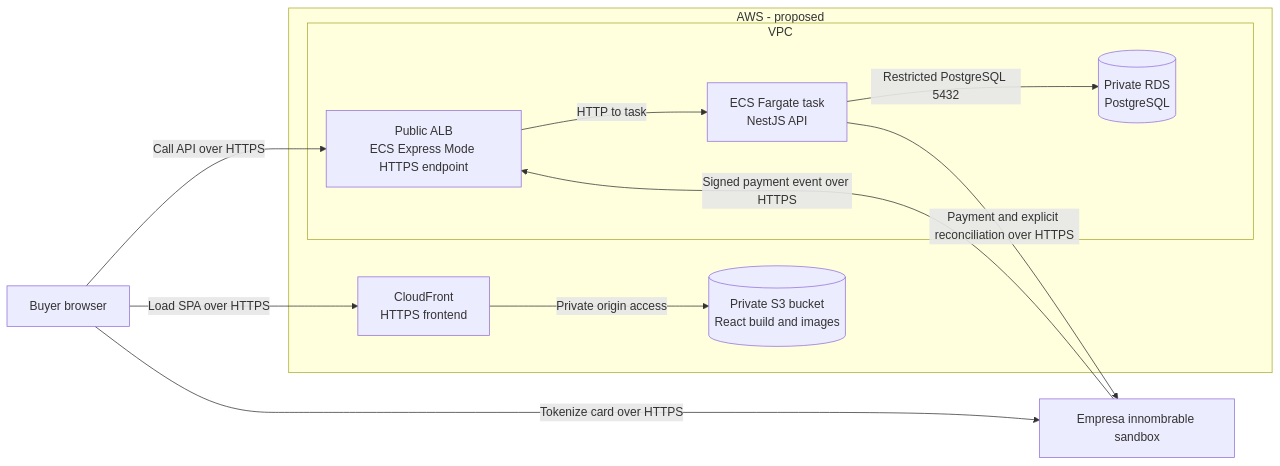
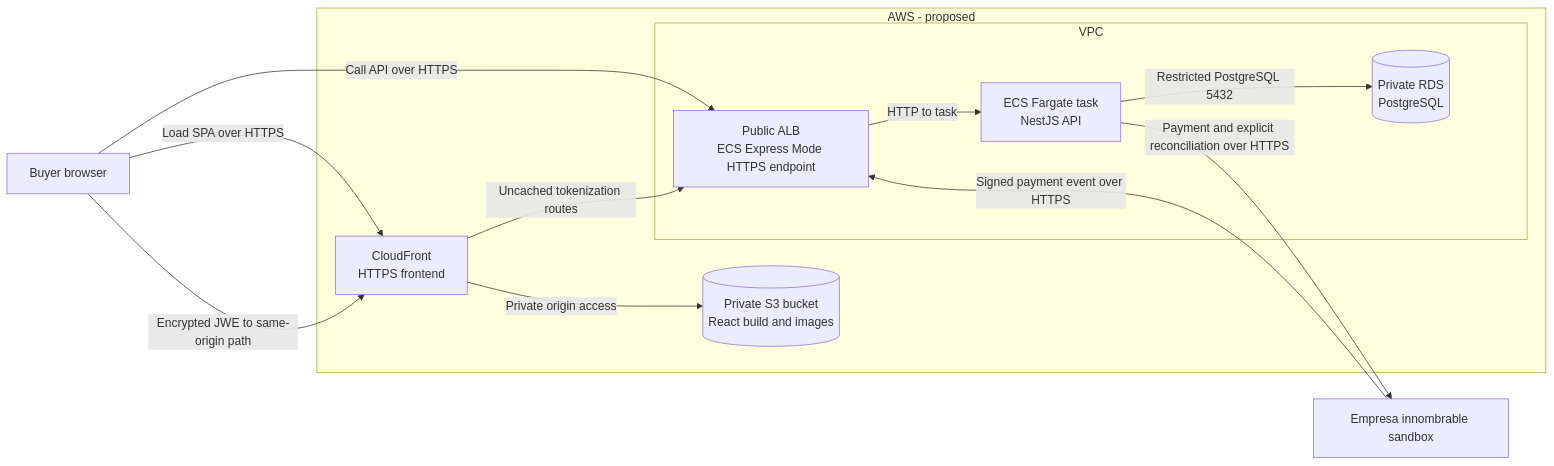
Before and after one commit to alexanderbeleno16/product-payment: the fifth of 5 diagrams in README.md, drawn with Mermaid. The commit also changed other lines of this file and 5 other files, not shown here.

Commit message:
feat(frontend): route encrypted card tokenization through same-origin API

````diff
--- a/README.md
+++ b/README.md
@@ -231,24 +231,25 @@
 ```mermaid
 flowchart LR
     Browser[Buyer browser]
     Provider[Empresa innombrable sandbox]
 
     subgraph AWS["AWS - proposed"]
         CloudFront[CloudFront<br/>HTTPS frontend]
         S3[(Private S3 bucket<br/>React build and images)]
         subgraph VPC["VPC"]
             ALB[Public ALB<br/>ECS Express Mode HTTPS endpoint]
             ECS[ECS Fargate task<br/>NestJS API]
             RDS[(Private RDS<br/>PostgreSQL)]
         end
     end
 
     Browser -->|Load SPA over HTTPS| CloudFront
     CloudFront -->|Private origin access| S3
     Browser -->|Call API over HTTPS| ALB
     ALB -->|HTTP to task| ECS
-    Browser -->|Tokenize card over HTTPS| Provider
+    Browser -->|Encrypted JWE to same-origin path| CloudFront
+    CloudFront -->|Uncached tokenization routes| ALB
     Provider -->|Signed payment event over HTTPS| ALB
     ECS -->|Restricted PostgreSQL 5432| RDS
     ECS -->|Payment and explicit reconciliation over HTTPS| Provider
 ```
````
